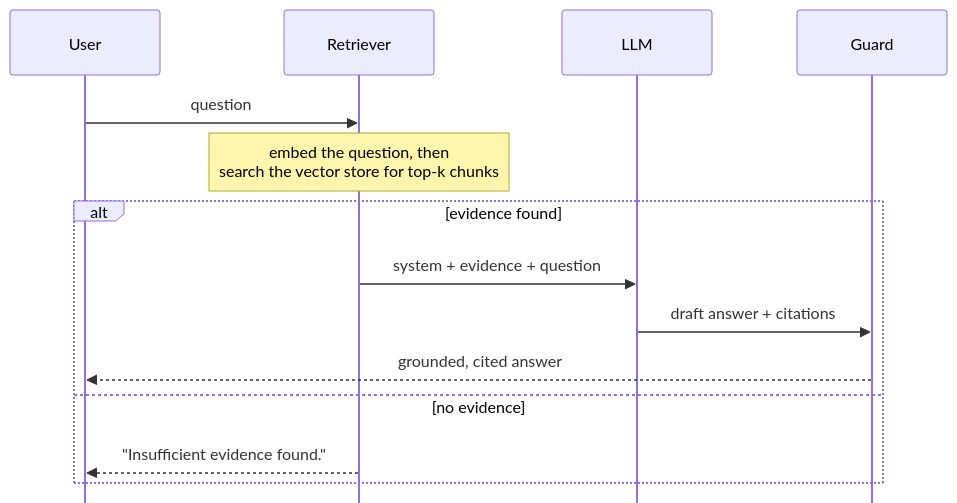
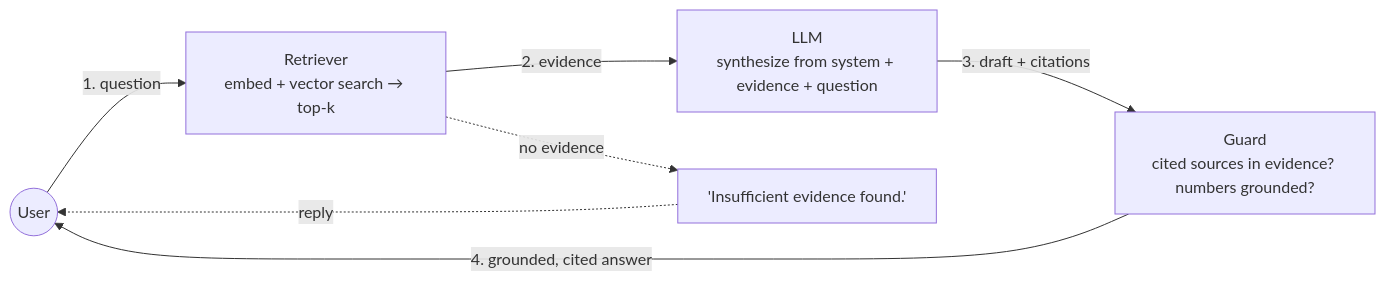
One commit to truongbnguyen88/ai-stock-analysis changed the fourth of 9 diagrams in docs/rag_concepts.md. Above: the diagram before and after it, drawn with Mermaid. The commit also changed other lines of this file, not shown here.

Commit message:
docs(rag): recast §2.2 as a cyclic flow chart
Replace the sequence diagram with a cycle: User → Retriever → LLM → Guard →
back to User (numbered edges keep the order), plus a dotted empty-retrieval
branch that also returns to the user. No participant lifelines, so no mirrored
duplicate boxes; same major concepts (order, retrieve-before-generate, guard,
cited answer, two exits) and now conveys the conversational loop.

````diff
--- a/docs/rag_concepts.md
+++ b/docs/rag_concepts.md
@@ -140,17 +141,9 @@
 ```mermaid
-%%{init: {"sequence": {"mirrorActors": false}}}%%
-sequenceDiagram
-  participant U as User
-  participant R as Retriever
-  participant L as LLM
-  participant G as Guard
-  U->>R: question
-  Note over R: embed the question, then<br/>search the vector store for top-k chunks
-  alt evidence found
-    R->>L: system + evidence + question
-    L->>G: draft answer + citations
-    G-->>U: grounded, cited answer
-  else no evidence
-    R-->>U: "Insufficient evidence found."
-  end
+flowchart LR
+  U(("User")) -->|"1. question"| R["Retriever<br/>embed + vector search → top-k"]
+  R -->|"2. evidence"| L["LLM<br/>synthesize from system + evidence + question"]
+  L -->|"3. draft + citations"| G["Guard<br/>cited sources in evidence? numbers grounded?"]
+  G -->|"4. grounded, cited answer"| U
+  R -. "no evidence" .-> X["'Insufficient evidence found.'"]
+  X -. reply .-> U
 ```
````
